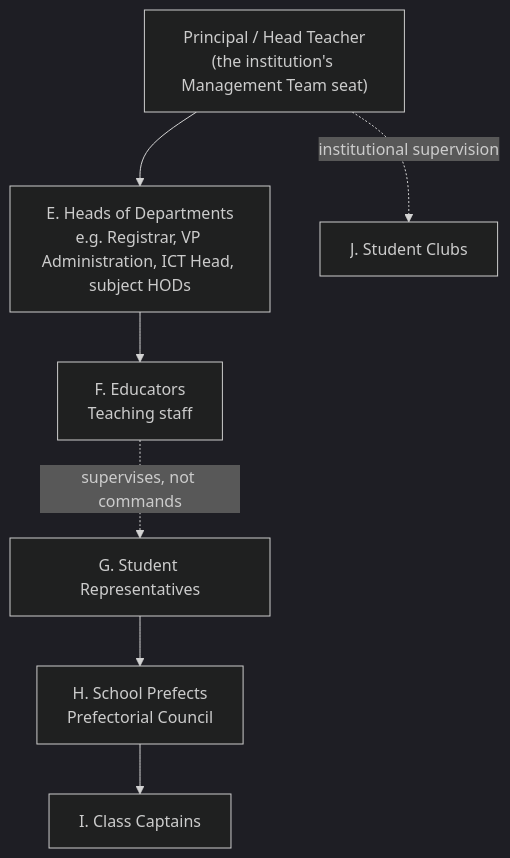
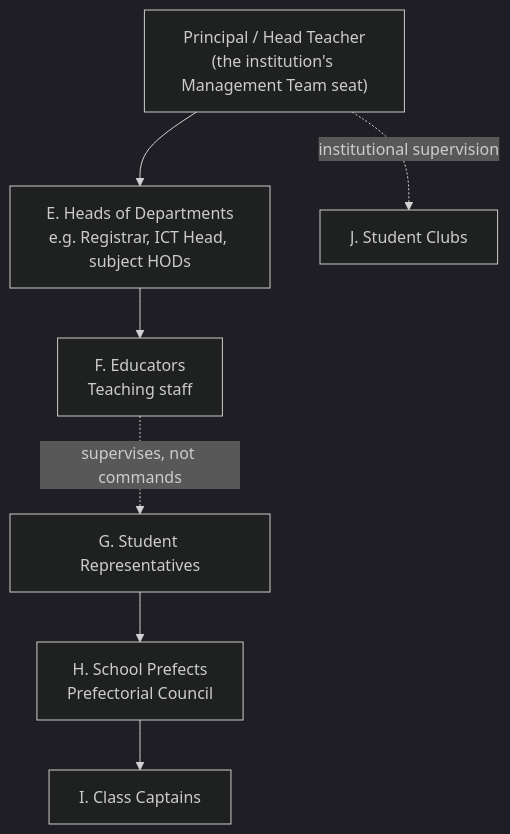
One commit to ahmadsulaimiy1/Sultan- changed the fourth of 4 diagrams in docs/organisational-structure-manual.md. Above: the diagram before and after it, drawn with Mermaid (dark theme). The commit also changed other lines of this file, not shown here.

````diff
--- a/docs/organisational-structure-manual.md
+++ b/docs/organisational-structure-manual.md
@@ -212,17 +236,17 @@
 ```mermaid
 flowchart TD
   Head["Principal / Head Teacher<br/>(the institution's Management Team seat)"]
-  HOD["E. Heads of Departments<br/>e.g. Registrar, VP Administration, ICT Head, subject HODs"]
+  HOD["E. Heads of Departments<br/>e.g. Registrar, ICT Head, subject HODs"]
   ED["F. Educators<br/>Teaching staff"]
   SR["G. Student Representatives"]
   PF["H. School Prefects<br/>Prefectorial Council"]
   CAP["I. Class Captains"]
   CLB["J. Student Clubs"]
 
   Head --> HOD
   HOD --> ED
   ED -.supervises, not commands.-> SR
   SR --> PF
   PF --> CAP
   Head -.institutional supervision.-> CLB
 ```
````
